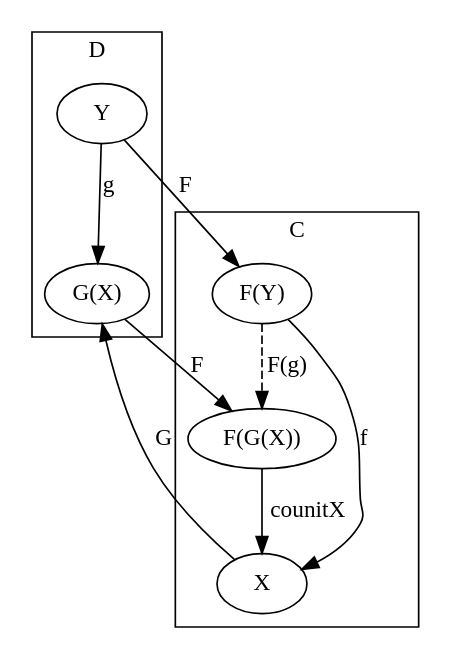
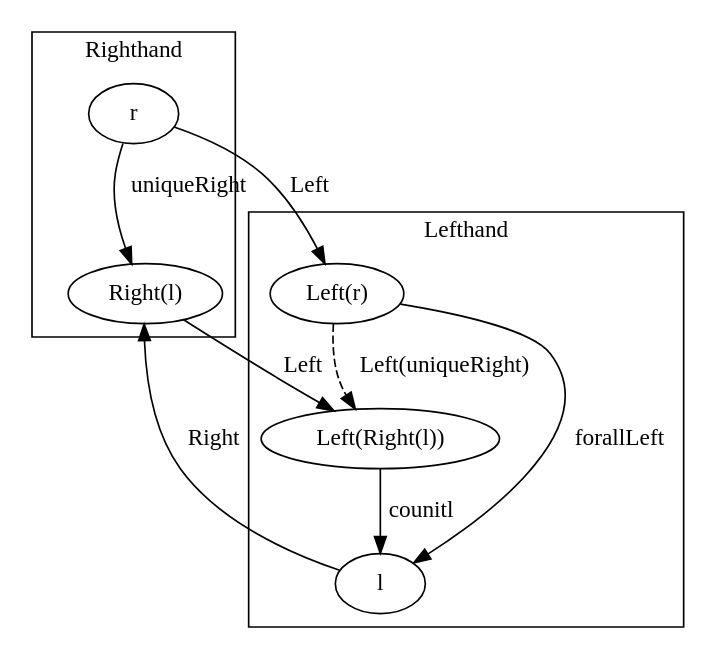
Before and after one commit to frankymacster/category-theory-graphviz: the fourth of 5 diagrams in adjoint-functors.md, drawn with Graphviz. The commit also changed other lines of this file, not shown here.

Commit message:
adjoint-functor: made diagrams quicker to understand

````diff
--- a/adjoint-functors.md
+++ b/adjoint-functors.md
@@ -81,27 +81,27 @@
 ```graphviz
 digraph G {
   subgraph clusterD {
-    label="D"
-    "G(X)"
-    "Y"
+    label="Righthand"
+    "Right(l)"
+    "r"
   }
 
   subgraph clusterC {
-    label="C"
-    "X"
-    "F(G(X))"
-    "F(Y)"
+    label="Lefthand"
+    "l"
+    "Left(Right(l))"
+    "Left(r)"
   }
 
-  "X" -> "G(X)" [label="G"]
-  "Y" -> "F(Y)" [label="F"]
+  "l" -> "Right(l)" [label="Right"]
+  "r" -> "Left(r)" [label="Left"]
 
-  "G(X)" -> "F(G(X))" [label="F"]
-  "F(G(X))" -> "X" [label="counitX"]
+  "Right(l)" -> "Left(Right(l))" [label="Left"]
+  "Left(Right(l))" -> "l" [label="counitl"]
 
-  "F(Y)" -> "X" [label="f"]
-  "Y" -> "G(X)" [label="g"]
+  "Left(r)" -> "l" [label="forallLeft"]
+  "r" -> "Right(l)" [label="uniqueRight"]
 
-  "F(Y)" -> "F(G(X))" [label="F(g)", style="dashed"]
+  "Left(r)" -> "Left(Right(l))" [label="Left(uniqueRight)", style="dashed"]
 }
 ```
````
